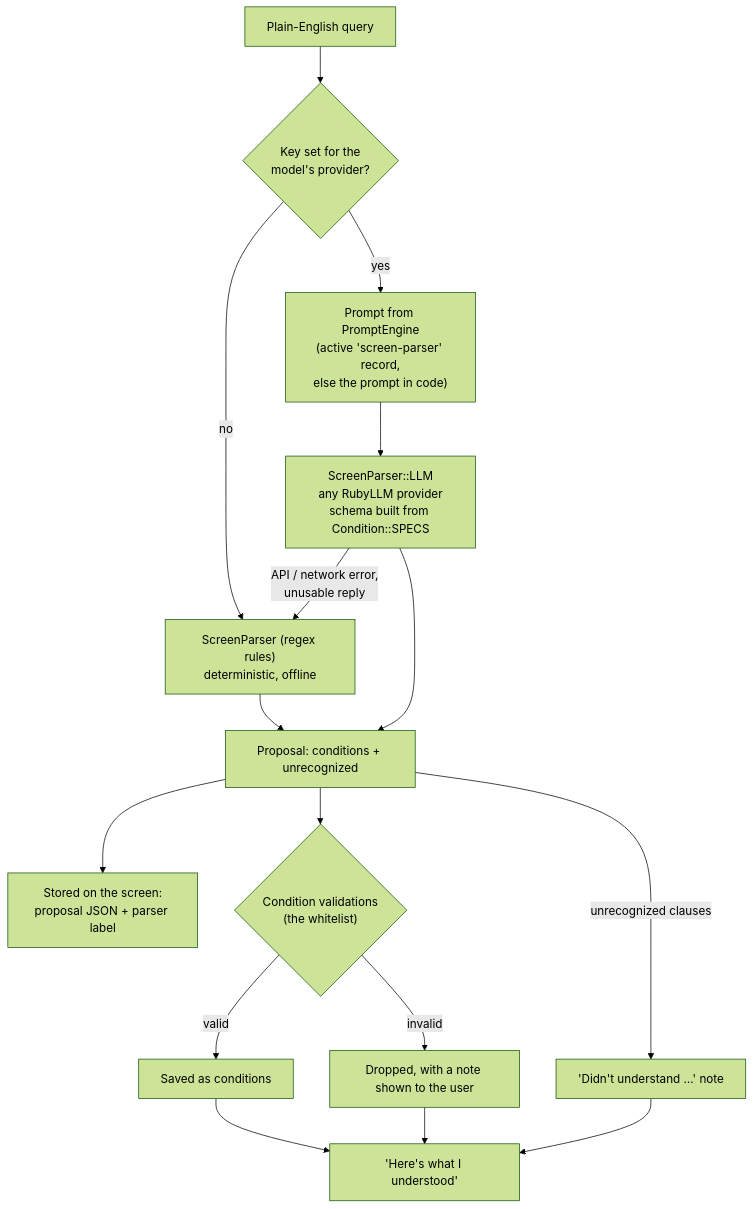
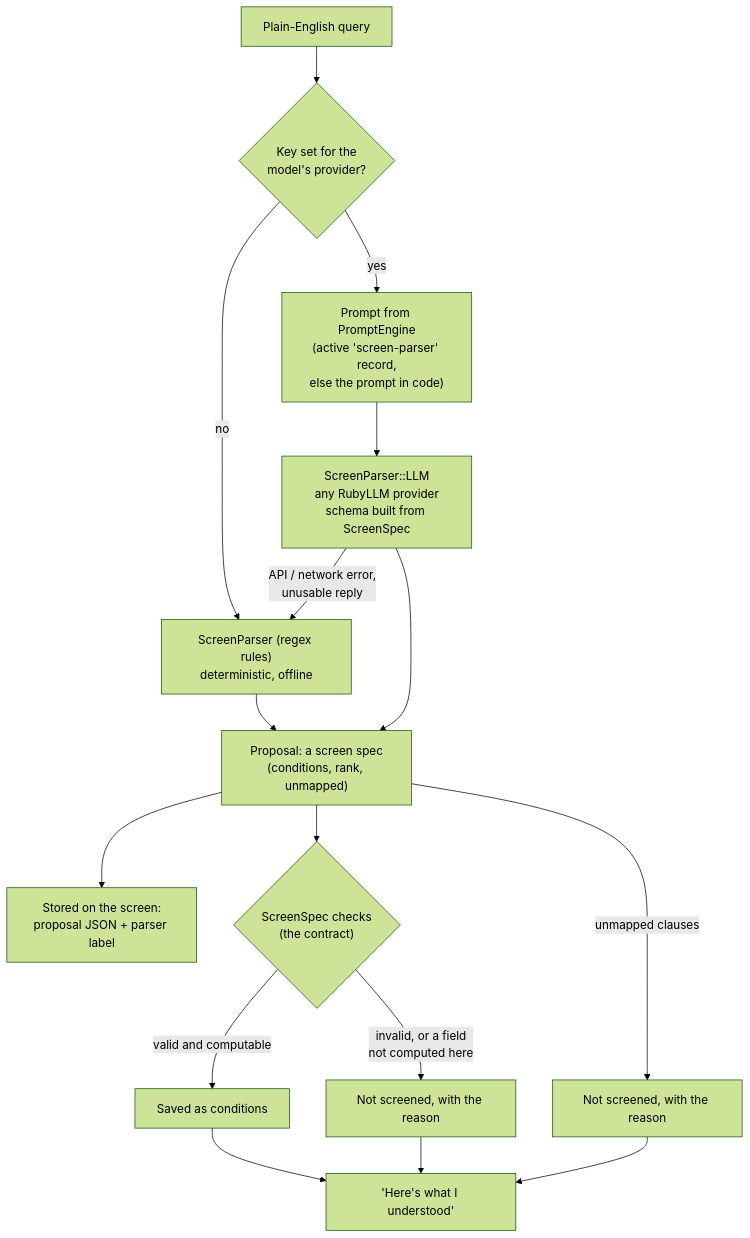
One commit to henryzhangpku/rails-nl-screen changed the fourth of 7 diagrams in docs/ARCHITECTURE.md. Above: the diagram before and after it, drawn with Mermaid (forest theme). The commit also changed other lines of this file and 1 other file, not shown here.

Commit message:
Docs: the shared contract with EquityScout, the funnel and ranking

````diff
--- a/docs/ARCHITECTURE.md
+++ b/docs/ARCHITECTURE.md
@@ -259,18 +280,18 @@
 ```mermaid
 flowchart TD
   T["Plain-English query"] --> E{"Key set for the<br/>model's provider?"}
   E -- no --> R["ScreenParser (regex rules)<br/>deterministic, offline"]
   E -- yes --> P["Prompt from PromptEngine<br/>(active 'screen-parser' record,<br/>else the prompt in code)"]
-  P --> L["ScreenParser::LLM<br/>any RubyLLM provider<br/>schema built from Condition::SPECS"]
+  P --> L["ScreenParser::LLM<br/>any RubyLLM provider<br/>schema built from ScreenSpec"]
   L -- "API / network error,<br/>unusable reply" --> R
-  L --> PR["Proposal: conditions + unrecognized"]
+  L --> PR["Proposal: a screen spec<br/>(conditions, rank, unmapped)"]
   R --> PR
   PR --> AU["Stored on the screen:<br/>proposal JSON + parser label"]
-  PR --> V{"Condition validations<br/>(the whitelist)"}
-  V -- valid --> K["Saved as conditions"]
-  V -- invalid --> N["Dropped, with a note shown to the user"]
-  PR -- unrecognized clauses --> N2["'Didn't understand …' note"]
+  PR --> V{"ScreenSpec checks<br/>(the contract)"}
+  V -- valid and computable --> K["Saved as conditions"]
+  V -- "invalid, or a field<br/>not computed here" --> N["Not screened, with the reason"]
+  PR -- unmapped clauses --> N2["Not screened, with the reason"]
   K --> UI["'Here's what I understood'"]
   N --> UI
   N2 --> UI
 ```
````
